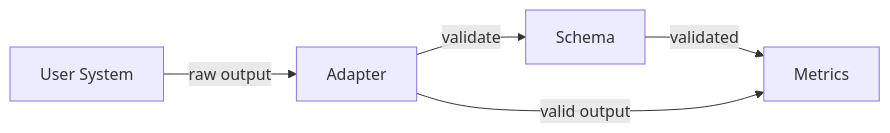
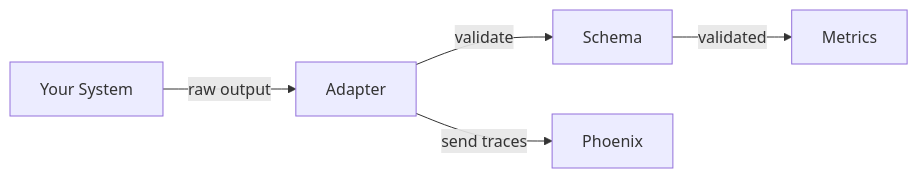
Before and after one commit to anguyenbus/eval-harness: the diagram in docs/design/005-adapter-implementation.md, drawn with Mermaid. The commit also changed other lines of this file and 4 other files, not shown here.

````diff
--- a/docs/design/005-adapter-implementation.md
+++ b/docs/design/005-adapter-implementation.md
@@ -22,7 +23,7 @@
 ```mermaid
 flowchart LR
-    A[User System] -->|raw output| B[Adapter]
+    A[Your System] -->|raw output| B[Adapter]
     B -->|validate| C[Schema]
     C -->|validated| D[Metrics]
-    B -->|valid output| D
+    B -->|send traces| E[Phoenix]
 ```
````
